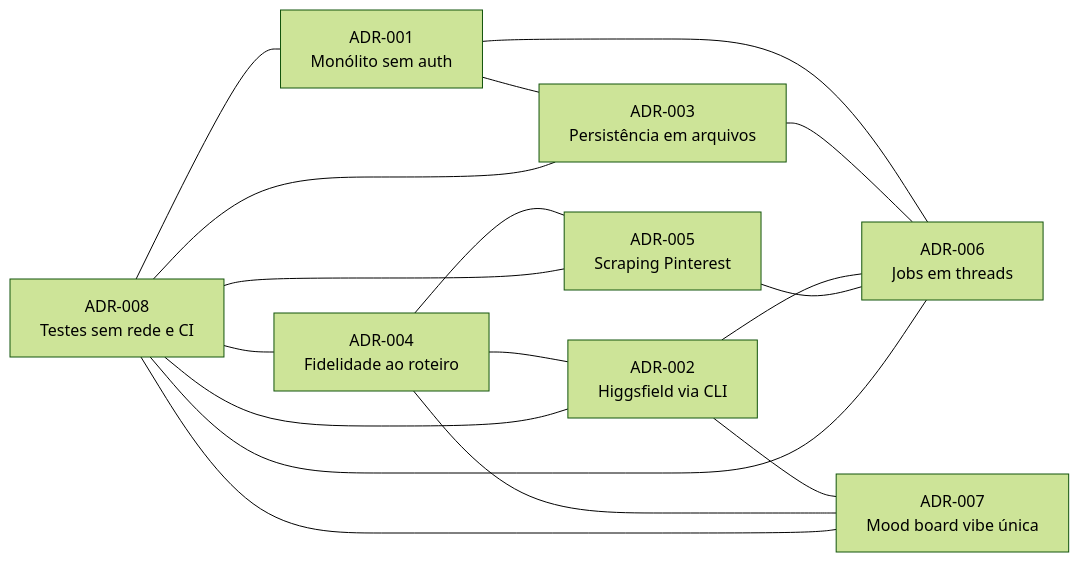
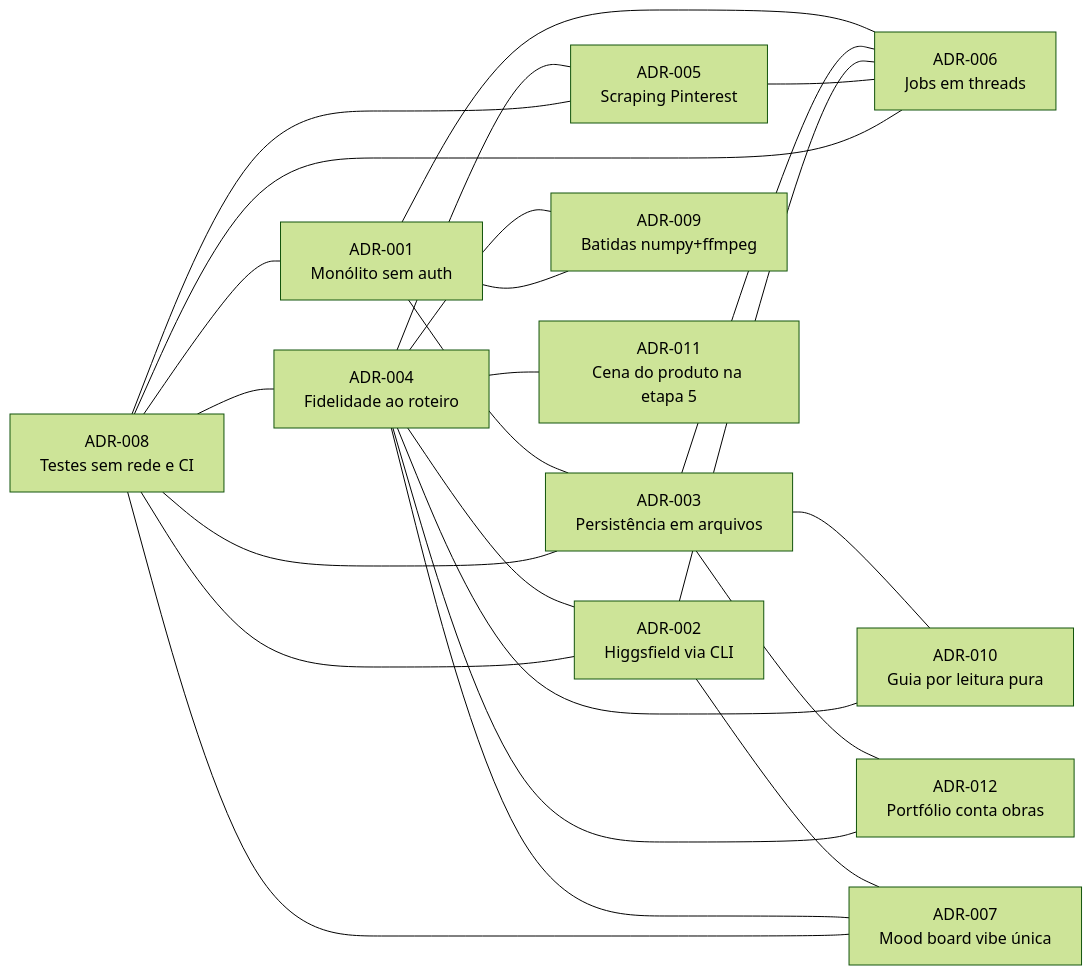
One commit to Arthur-Diego/orquestrador-studio changed the diagram in docs/adrs/README.md. Above: the diagram before and after it, drawn with Mermaid (forest theme). The commit also changed other lines of this file and 9 other files, not shown here.

````diff
--- a/docs/adrs/README.md
+++ b/docs/adrs/README.md
@@ -22,28 +25,39 @@
 ```mermaid
 graph LR
     ADR001["ADR-001<br/>Monólito sem auth"]
     ADR002["ADR-002<br/>Higgsfield via CLI"]
     ADR003["ADR-003<br/>Persistência em arquivos"]
     ADR004["ADR-004<br/>Fidelidade ao roteiro"]
     ADR005["ADR-005<br/>Scraping Pinterest"]
     ADR006["ADR-006<br/>Jobs em threads"]
     ADR007["ADR-007<br/>Mood board vibe única"]
     ADR008["ADR-008<br/>Testes sem rede e CI"]
 
     ADR001 --- ADR003
     ADR001 --- ADR006
     ADR003 --- ADR006
     ADR002 --- ADR006
     ADR005 --- ADR006
     ADR002 --- ADR007
     ADR004 --- ADR002
     ADR004 --- ADR005
     ADR004 --- ADR007
     ADR008 --- ADR001
     ADR008 --- ADR002
     ADR008 --- ADR003
     ADR008 --- ADR004
     ADR008 --- ADR005
     ADR008 --- ADR006
     ADR008 --- ADR007
+    ADR009["ADR-009<br/>Batidas numpy+ffmpeg"]
+    ADR010["ADR-010<br/>Guia por leitura pura"]
+    ADR011["ADR-011<br/>Cena do produto na etapa 5"]
+    ADR012["ADR-012<br/>Portfólio conta obras"]
+    ADR004 --- ADR009
+    ADR001 --- ADR009
+    ADR003 --- ADR010
+    ADR004 --- ADR010
+    ADR004 --- ADR011
+    ADR003 --- ADR012
+    ADR004 --- ADR012
 ```
````
